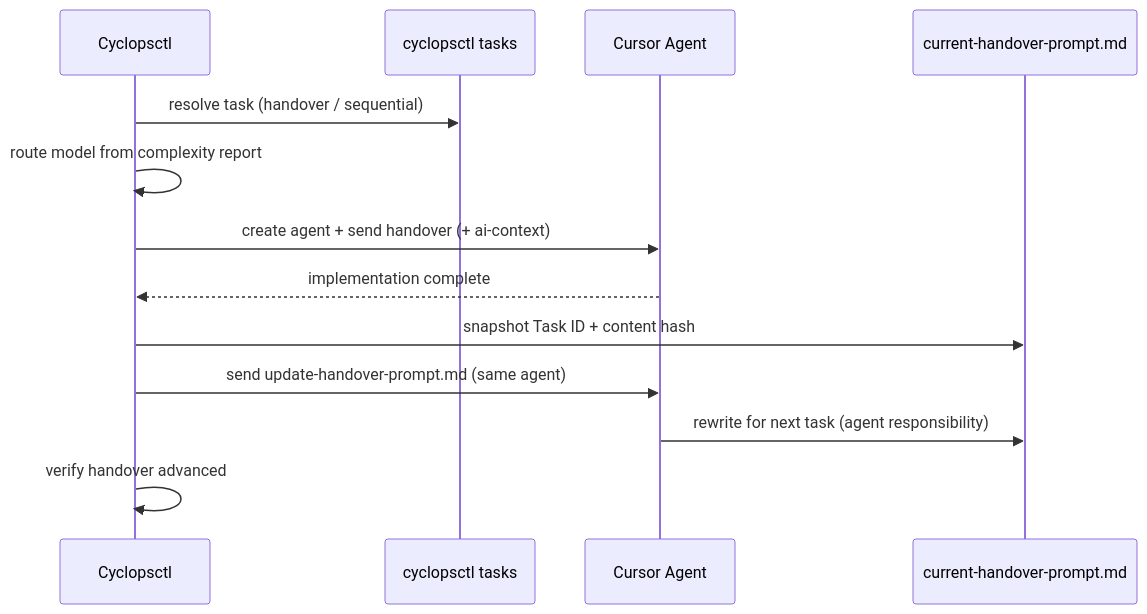
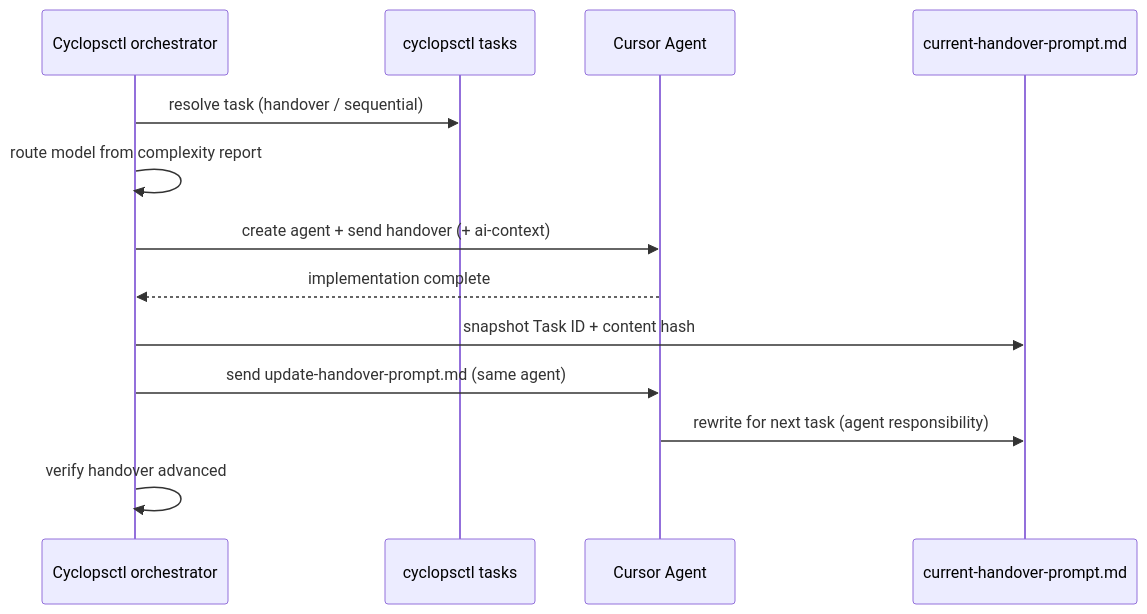
One commit to OlaProeis/Cyclopsctl changed the diagram in README.md. Above: the diagram before and after it, drawn with Mermaid. The commit also changed other lines of this file and 1 other file, not shown here.

First line of the commit message:
Position Cyclopsctl as a Cursor task orchestrator in README and PyPI metadata.

````diff
--- a/README.md
+++ b/README.md
@@ -258,16 +258,16 @@
 ```mermaid
 sequenceDiagram
-    participant O as Cyclopsctl
+    participant O as Cyclopsctl orchestrator
     participant T as cyclopsctl tasks
     participant A as Cursor Agent
     participant H as current-handover-prompt.md
 
     O->>T: resolve task (handover / sequential)
     O->>O: route model from complexity report
     O->>A: create agent + send handover (+ ai-context)
     A-->>O: implementation complete
     O->>H: snapshot Task ID + content hash
     O->>A: send update-handover-prompt.md (same agent)
     A->>H: rewrite for next task (agent responsibility)
     O->>O: verify handover advanced
 ```
````
